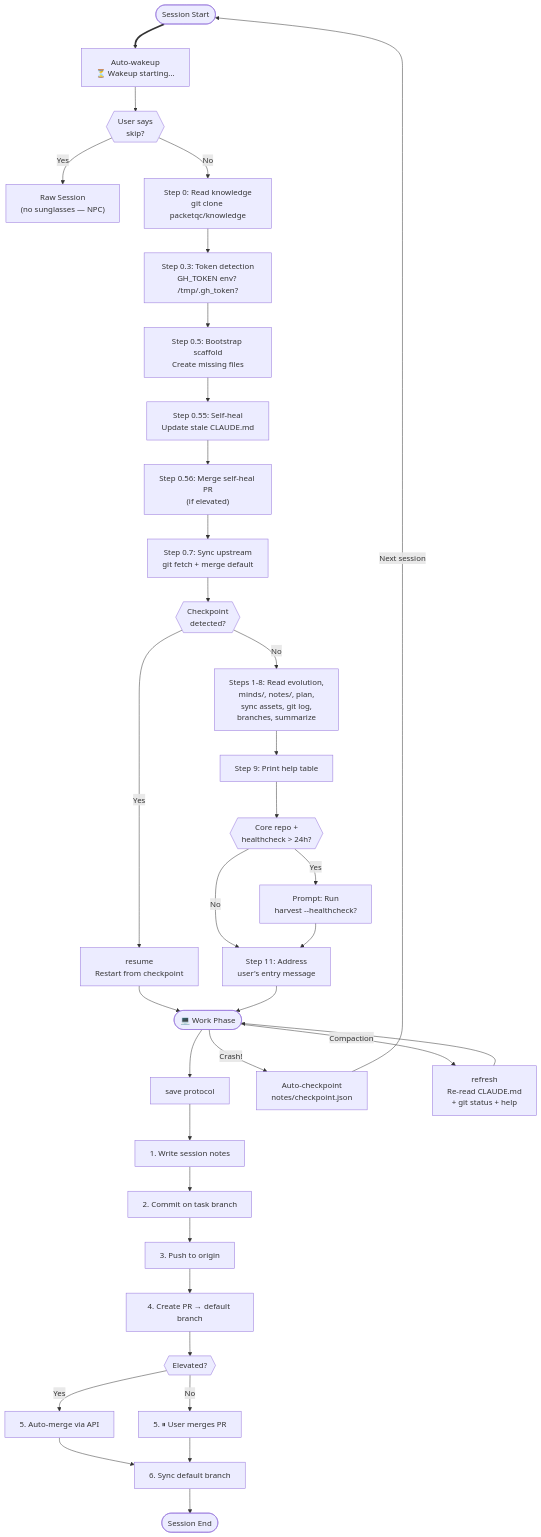
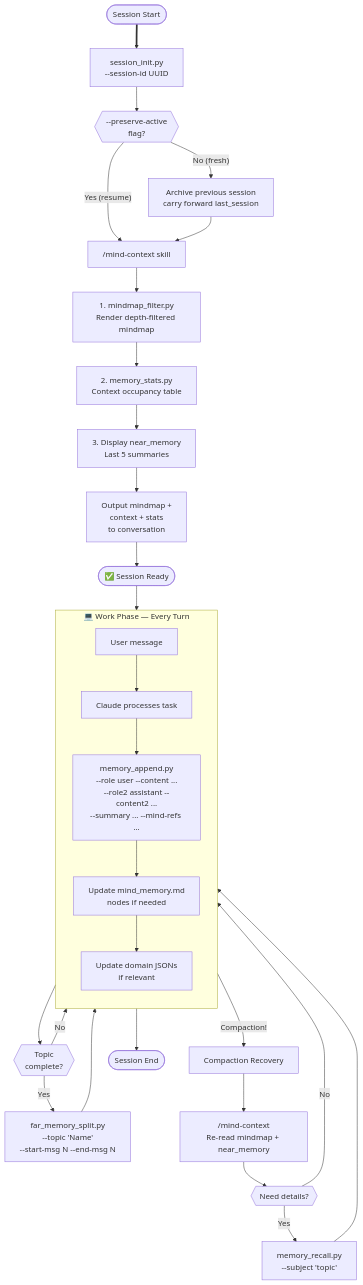
The third of 4 diagrams in docs/fr/publications/architecture-diagrams/index.md (packetqc/K_DOCS), drawn with Mermaid before and after one commit. The commit also changed other lines of this file and 4 other files, not shown here.

First line of the commit message:
feat: rewrite all 14 architecture diagrams for Knowledge 2.0

````diff
--- a/docs/fr/publications/architecture-diagrams/index.md
+++ b/docs/fr/publications/architecture-diagrams/index.md
@@ -145,42 +160,38 @@
 ```mermaid
 flowchart TD
-    Start([Session Start]) ==> AutoWakeup["Auto-wakeup<br/>⏳ Wakeup starting..."]
-    AutoWakeup --> CheckSkip{{"User says<br/>skip?"}}
-    CheckSkip -->|"Yes"| RawSession["Raw Session<br/>(no sunglasses — NPC)"]
-    CheckSkip -->|"No"| Step0
+    Start([Session Start]) ==> Init["session_init.py<br/>--session-id UUID"]
+    Init --> CheckResume{{"--preserve-active<br/>flag?"}}
+    CheckResume -->|"Yes (resume)"| LoadContext
+    CheckResume -->|"No (fresh)"| ArchivePrev["Archive previous session<br/>carry forward last_session"]
+    ArchivePrev --> LoadContext
 
-    Step0["Step 0: Read knowledge<br/>git clone packetqc/knowledge"] --> Step03["Step 0.3: Token detection<br/>GH_TOKEN env? /tmp/.gh_token?"]
-    Step03 --> Step05["Step 0.5: Bootstrap scaffold<br/>Create missing files"]
-    Step05 --> Step055["Step 0.55: Self-heal<br/>Update stale CLAUDE.md"]
-    Step055 --> Step056["Step 0.56: Merge self-heal PR<br/>(if elevated)"]
-    Step056 --> Step07["Step 0.7: Sync upstream<br/>git fetch + merge default"]
-    Step07 --> Step09{{"Checkpoint<br/>detected?"}}
-    Step09 -->|"Yes"| Resume["resume<br/>Restart from checkpoint"]
-    Step09 -->|"No"| Steps1to8["Steps 1-8: Read evolution,<br/>minds/, notes/, plan,<br/>sync assets, git log,<br/>branches, summarize"]
-    Resume --> Work
-    Steps1to8 --> Step9["Step 9: Print help table"]
-    Step9 --> Step10{{"Core repo +<br/>healthcheck > 24h?"}}
-    Step10 -->|"Yes"| HarvestPrompt["Prompt: Run<br/>harvest --healthcheck?"]
-    Step10 -->|"No"| AddressMsg["Step 11: Address<br/>user's entry message"]
-    HarvestPrompt --> AddressMsg
-    AddressMsg --> Work
+    LoadContext["/mind-context skill"] --> ReadMind["1. mindmap_filter.py<br/>Render depth-filtered mindmap"]
+    ReadMind --> ReadStats["2. memory_stats.py<br/>Context occupancy table"]
+    ReadStats --> ReadNear["3. Display near_memory<br/>Last 5 summaries"]
+    ReadNear --> DisplayAll["Output mindmap +<br/>context + stats<br/>to conversation"]
+    DisplayAll --> Ready(["✅ Session Ready"])
 
-    Work(["💻 Work Phase"]) --> Save
+    Ready --> Work
 
-    Save["save protocol"] --> WriteNotes["1. Write session notes"]
-    WriteNotes --> Commit["2. Commit on task branch"]
-    Commit --> Push["3. Push to origin"]
-    Push --> CreatePR["4. Create PR → default branch"]
-    CreatePR --> CheckElevated{{"Elevated?"}}
-    CheckElevated -->|"Yes"| AutoMerge["5. Auto-merge via API"]
-    CheckElevated -->|"No"| ManualMerge["5. ⏸ User merges PR"]
-    AutoMerge --> SyncBack["6. Sync default branch"]
-    ManualMerge --> SyncBack
-    SyncBack --> Done([Session End])
+    subgraph Work["💻 Work Phase — Every Turn"]
+        direction TB
+        UserMsg["User message"] --> DoWork["Claude processes task"]
+        DoWork --> Append["memory_append.py<br/>--role user --content ...<br/>--role2 assistant --content2 ...<br/>--summary ... --mind-refs ..."]
+        Append --> UpdateMind["Update mind_memory.md<br/>nodes if needed"]
+        UpdateMind --> UpdateJSON["Update domain JSONs<br/>if relevant"]
+    end
 
-    Work -->|"Crash!"| Checkpoint["Auto-checkpoint<br/>notes/checkpoint.json"]
-    Checkpoint -->|"Next session"| Start
+    Work --> TopicDone{{"Topic<br/>complete?"}}
+    TopicDone -->|"Yes"| Split["far_memory_split.py<br/>--topic 'Name'<br/>--start-msg N --end-msg N"]
+    TopicDone -->|"No"| Work
+    Split --> Work
 
-    Work -->|"Compaction"| Refresh["refresh<br/>Re-read CLAUDE.md<br/>+ git status + help"]
-    Refresh --> Work
+    Work -->|"Compaction!"| Recovery["Compaction Recovery"]
+    Recovery --> ReloadContext["/mind-context<br/>Re-read mindmap + near_memory"]
+    ReloadContext --> NeedRecall{{"Need details?"}}
+    NeedRecall -->|"Yes"| Recall["memory_recall.py<br/>--subject 'topic'"]
+    NeedRecall -->|"No"| Work
+    Recall --> Work
+
+    Work --> SessionEnd(["Session End"])
 ```
````
